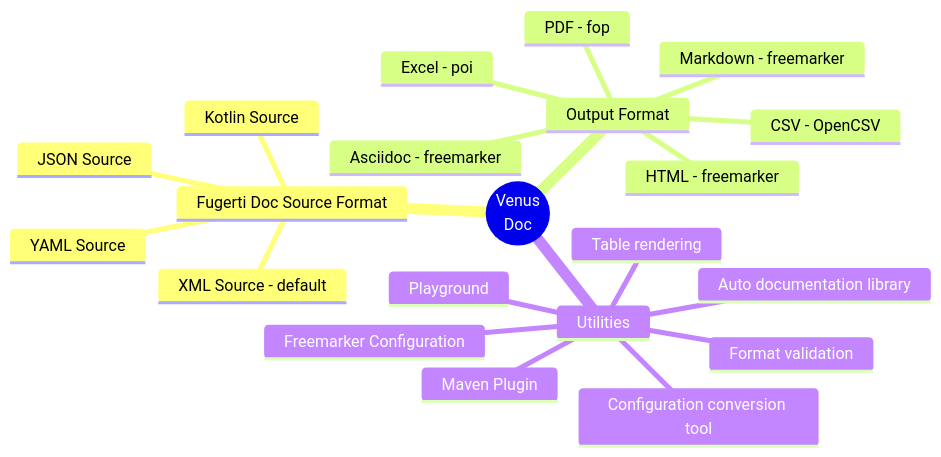
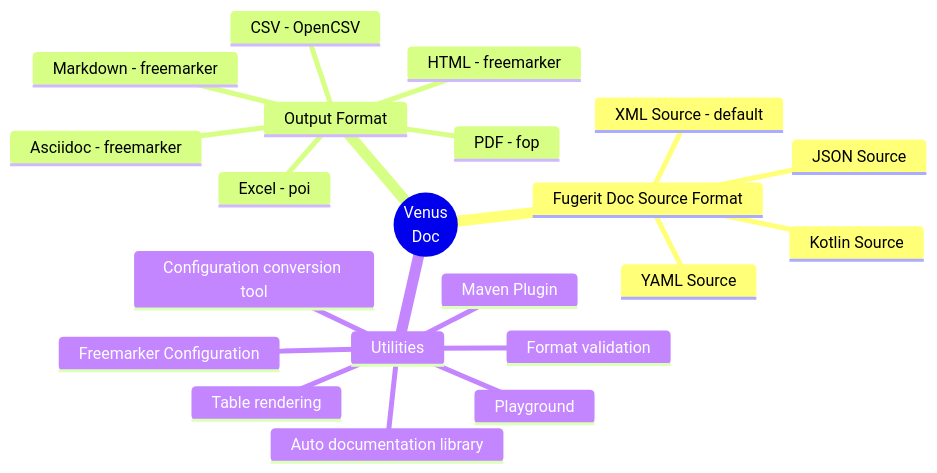
The first of 2 diagrams in fj-doc-guide/src/main/docs/asciidoc/chapters/00_introduction.adoc (fugerit-org/fj-doc), drawn with Mermaid before and after one commit. The commit also changed other lines of this file and 15 other files, not shown here.

```diff
--- a/fj-doc-guide/src/main/docs/asciidoc/chapters/00_introduction.adoc
+++ b/fj-doc-guide/src/main/docs/asciidoc/chapters/00_introduction.adoc
@@ -3,25 +3,25 @@
 [mermaid, title="Fugerit Venus Doc Mind Map (fj-doc)"]
 ....
 mindmap
   root((Venus<br/>Doc))
-    Fugerti Doc Source Format
+    Fugerit Doc Source Format
       XML Source - default
       JSON Source
       YAML Source
       Kotlin Source
     Output Format
       PDF - fop
       HTML - freemarker
       Markdown - freemarker
       Asciidoc - freemarker
       Excel - poi
       CSV - OpenCSV
     Utilities
       Freemarker Configuration
       Auto documentation library
       Configuration conversion tool
       Maven Plugin
       Table rendering
       Format validation
       Playground
 ....
```
